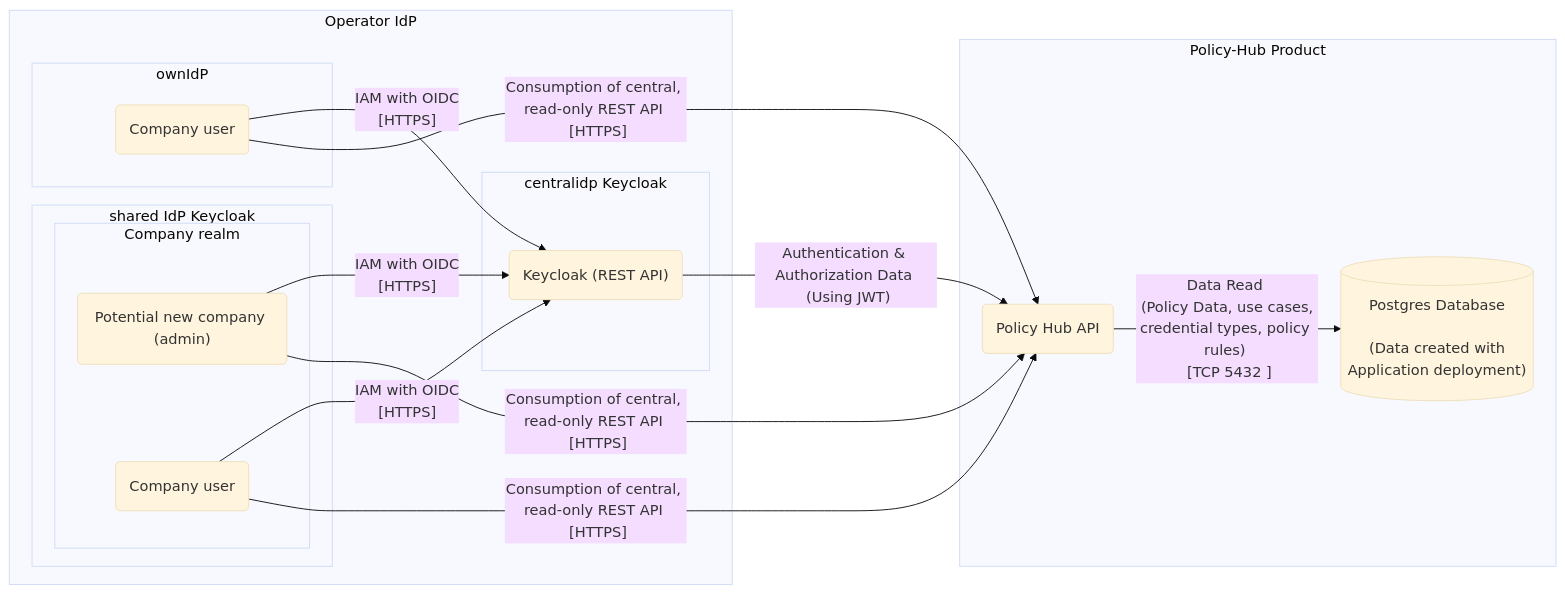
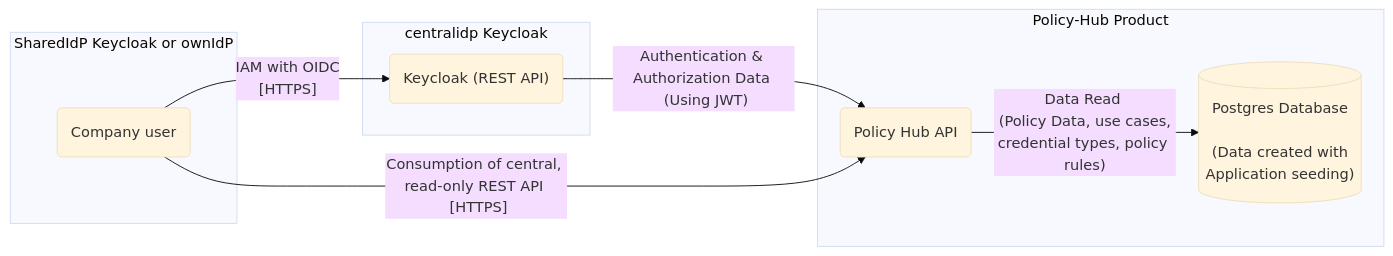
Before and after one commit to eclipse-tractusx/policy-hub: the diagram in docs/technical-documentation/Security_Assessment.md, drawn with Mermaid (base theme). The commit also changed other lines of this file, not shown here.

Commit message:
(docs) Update Security_Assessment.md
Update includes filling in the missing parts of the assessment:
- Product Description
- Important Links
-Security Checks

Chsanges in the code for product Mermaid Diagram

````diff
--- a/docs/technical-documentation/Security_Assessment.md
+++ b/docs/technical-documentation/Security_Assessment.md
@@ -22,51 +37,26 @@
 ```mermaid
 flowchart LR
 
-    CU-Own(Company user)
-    NC1("Potential new company (admin)")
-    CU-Shared1(Company user)
+    CU(Company user)
+    K("Keycloak (REST API)")
+    PH(Policy Hub API)
+    PHD[("Postgres Database \n \n (Data created with \nApplication seeding)")]
 
-    K("Keycloak (REST API)")
-
-    PH(Policy Hub API)
-    PHD[("Postgres Database \n \n (Data created with \nApplication deployment)")]
-
-    subgraph operator[Operator IdP]
-      subgraph centralidp[centralidp Keycloak]
-      K
-      end
-
-    subgraph sharedidp[shared IdP Keycloak]
-        subgraph companyrealm1[Company realm]
-        NC1
-        CU-Shared1
-        end
-
-      end
-    
-
-    subgraph ownIdP
-        CU-Own
-    end
-    
-    end
-        NC1-->|"IAM with OIDC \n [HTTPS]"|K
-
-        CU-Shared1-->|"IAM with OIDC \n [HTTPS]"|K
-
-        CU-Own-->|"IAM with OIDC \n [HTTPS]"|K
-
-    subgraph Policy-Hub Product
-
-        PH-->|"Data Read \n (Policy Data, use cases, credential types, policy rules) \n [TCP 5432 ]"|PHD
-
+    subgraph centralidp[centralidp Keycloak]
+     K
     end
 
-    K-->|"Authentication & Authorization Data \n (Using JWT)"|PH
-            
-        NC1-->|"Consumption of central, read-only REST API \n [HTTPS]"|PH
+    subgraph companyrealm[SharedIdP Keycloak or ownIdP]
+     CU
+    end
 
-        CU-Shared1-->|"Consumption of central, read-only REST API \n [HTTPS]"|PH
+    subgraph Policy-Hub Product   
+     PH
+     PHD
+    end
 
-        CU-Own-->|"Consumption of central, read-only REST API \n [HTTPS]"|PH
+    K-->|"Authentication & Authorization Data \n (Using JWT)"|PH     
+    CU-->|"Consumption of central, read-only REST API \n [HTTPS]"|PH
+    PH-->|"Data Read \n (Policy Data, use cases, credential types, policy rules)"|PHD
+    CU-->|"IAM with OIDC \n [HTTPS]"|K
 ```
````
